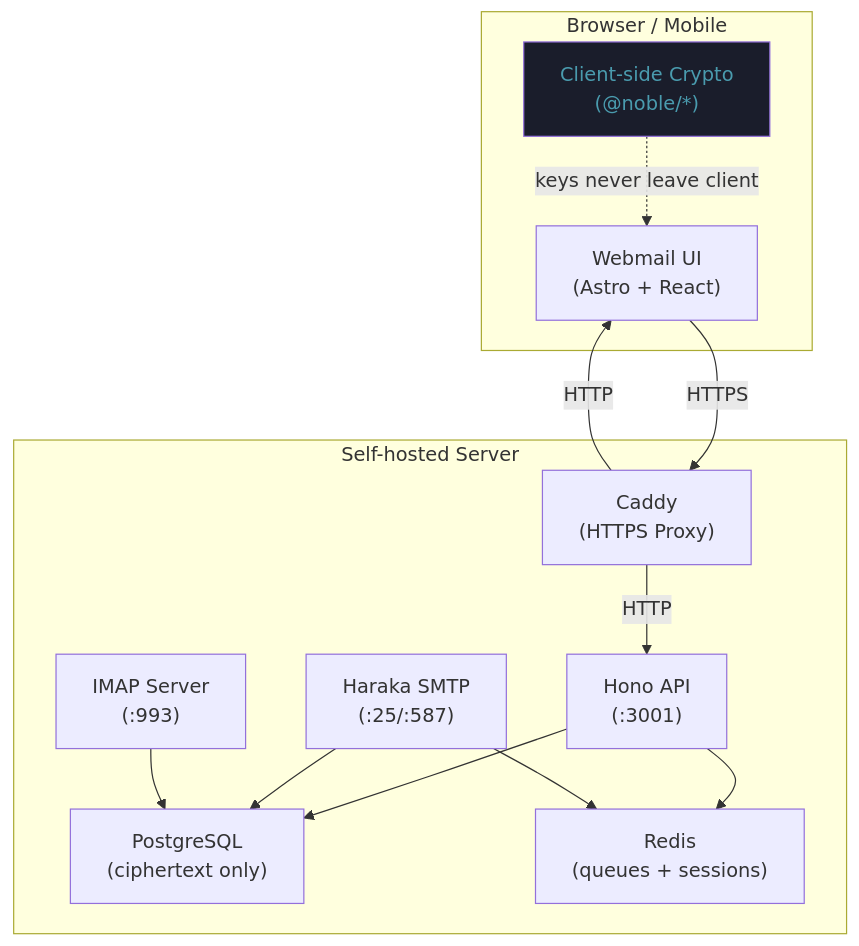
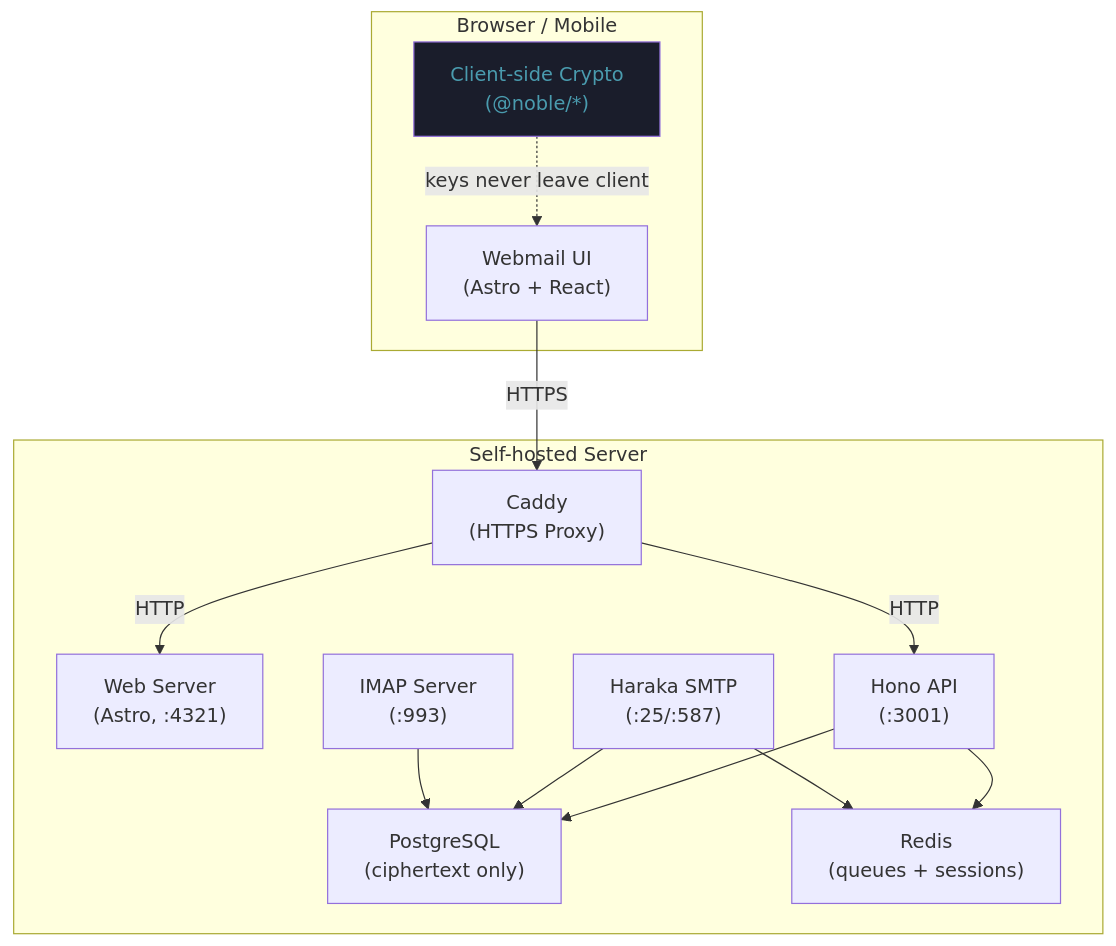
One commit to hffmnnj/enclave-mail changed the diagram in README.md. Above: the diagram before and after it, drawn with Mermaid.

Commit message:
docs: fix architecture diagram — add WebServer node, remove cross-subgraph back-arrow

````diff
--- a/README.md
+++ b/README.md
@@ -15,28 +15,29 @@
 ```mermaid
 graph TB
     subgraph Client["Browser / Mobile"]
+        Crypto["Client-side Crypto\n(@noble/*)"]
         WebUI["Webmail UI\n(Astro + React)"]
-        Crypto["Client-side Crypto\n(@noble/*)"]
     end
 
     subgraph Server["Self-hosted Server"]
         Caddy["Caddy\n(HTTPS Proxy)"]
+        WebServer["Web Server\n(Astro, :4321)"]
         API["Hono API\n(:3001)"]
         SMTP["Haraka SMTP\n(:25/:587)"]
         IMAP["IMAP Server\n(:993)"]
         PG["PostgreSQL\n(ciphertext only)"]
         Redis["Redis\n(queues + sessions)"]
     end
 
     WebUI -->|HTTPS| Caddy
+    Caddy -->|HTTP| WebServer
     Caddy -->|HTTP| API
-    Caddy -->|HTTP| WebUI
     API --> PG
     API --> Redis
     SMTP --> PG
     SMTP --> Redis
     IMAP --> PG
     Crypto -.->|keys never leave client| WebUI
 
     style Crypto fill:#1A1D2B,color:#4A9BAE
 ```
````
